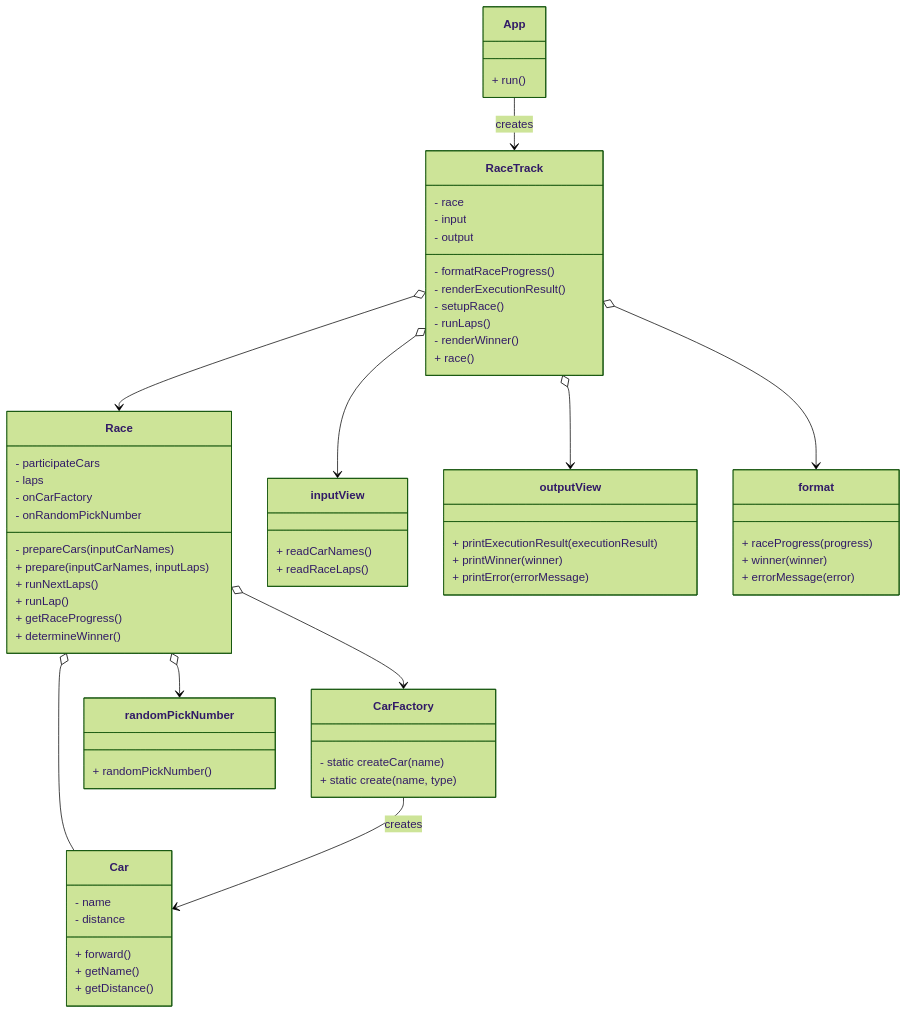
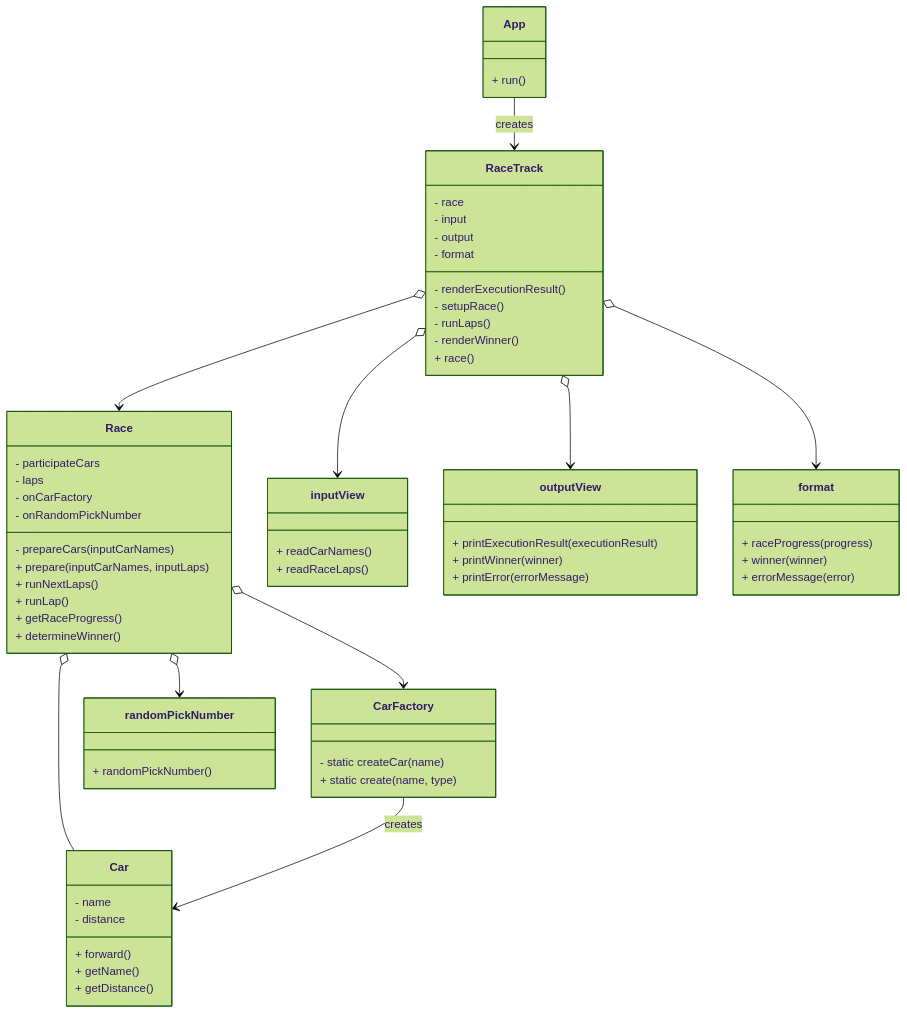
Before and after one commit to HareuBang/javascript-racingcar-8: the diagram in README.md, drawn with Mermaid (forest theme). The commit also changed 1 other file, not shown here.

Commit message:
refactor: 문자열 포맷팅 로직 분리 후 RaceTrack에 적용

````diff
--- a/README.md
+++ b/README.md
@@ -90,66 +90,66 @@
 ```mermaid
 classDiagram
 class App {
     + run()
 }
 class RaceTrack {
   - race
   - input
   - output
-  - formatRaceProgress()
+  - format
   - renderExecutionResult()
   - setupRace()
   - runLaps()
   - renderWinner()
   + race()
 }
 class Race {
   - participateCars
   - laps
   - onCarFactory
   - onRandomPickNumber
   - prepareCars(inputCarNames)
   + prepare(inputCarNames, inputLaps)
   + runNextLaps()
   + runLap()
   + getRaceProgress()
   + determineWinner()
 }
 class CarFactory {
   - static createCar(name)
   + static create(name, type)
 }
 class Car {
   - name
   - distance
   + forward()
   + getName()
   + getDistance()
 }
 class inputView {
   + readCarNames()
   + readRaceLaps()
 }
 class outputView {
   + printExecutionResult(executionResult)
   + printWinner(winner)
   + printError(errorMessage)
 }
 class format {
   + raceProgress(progress)
   + winner(winner)
   + errorMessage(error)
 }
 class randomPickNumber{
   + randomPickNumber()
 }
 App --> RaceTrack : creates
 RaceTrack o--> Race
 RaceTrack o--> inputView
 RaceTrack o--> outputView
 RaceTrack o--> format
 Race o--> CarFactory
 Race o-- Car
 Race o--> randomPickNumber
 CarFactory --> Car : creates
 ```
````
